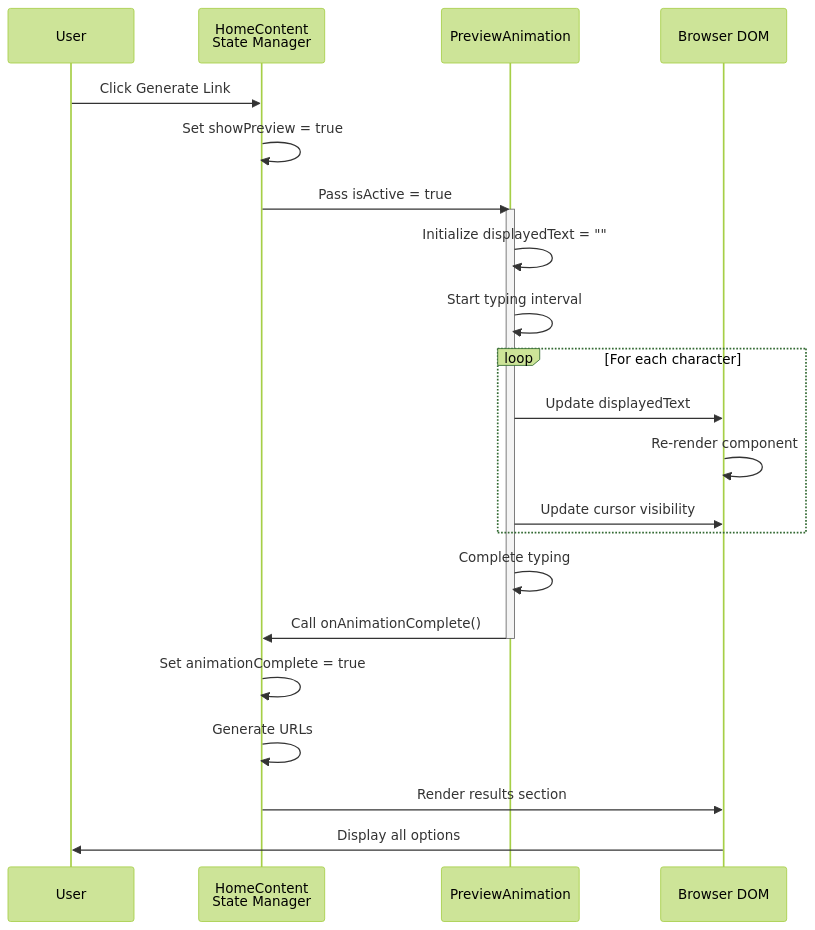
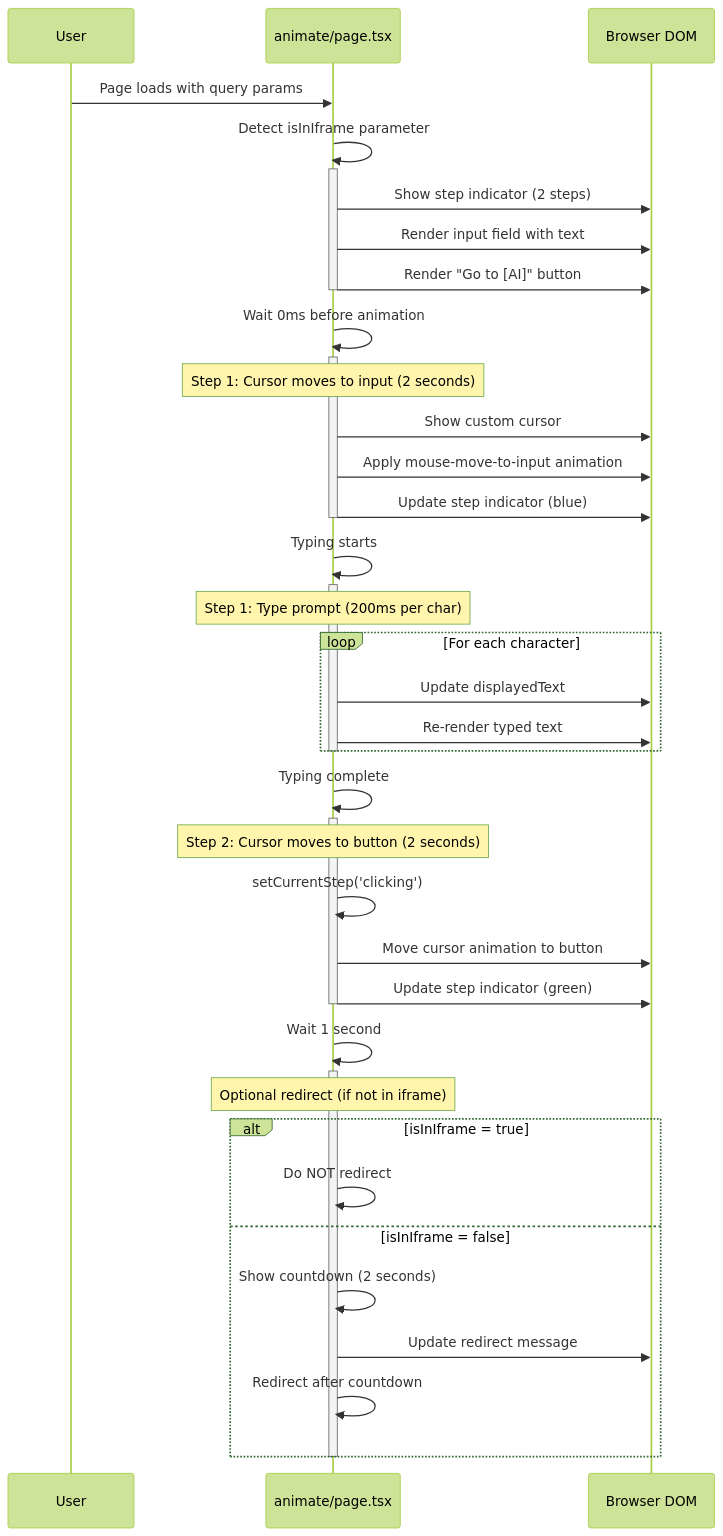
Before and after one commit to elicortez/letmeaskaiforyou: the sixth of 13 diagrams in ARCHITECTURE.md, drawn with Mermaid (forest theme). The commit also changed other lines of this file and 2 other files, not shown here.

Commit message:
docs: update all documentation to reflect current repository state

````diff
--- a/ARCHITECTURE.md
+++ b/ARCHITECTURE.md
@@ -179,30 +179,56 @@
 ```mermaid
 sequenceDiagram
     participant User
-    participant HomeContent as HomeContent<br/>State Manager
-    participant Animation as PreviewAnimation
+    participant Page as animate/page.tsx
     participant DOM as Browser DOM
     
-    User->>HomeContent: Click Generate Link
-    HomeContent->>HomeContent: Set showPreview = true
-    HomeContent->>Animation: Pass isActive = true
+    User->>Page: Page loads with query params
+    Page->>Page: Detect isInIframe parameter
     
-    activate Animation
-    Animation->>Animation: Initialize displayedText = ""
-    Animation->>Animation: Start typing interval
+    activate Page
+    Page->>DOM: Show step indicator (2 steps)
+    Page->>DOM: Render input field with text
+    Page->>DOM: Render "Go to [AI]" button
+    deactivate Page
     
+    Page->>Page: Wait 0ms before animation
+    
+    activate Page
+    Note over Page: Step 1: Cursor moves to input (2 seconds)
+    Page->>DOM: Show custom cursor
+    Page->>DOM: Apply mouse-move-to-input animation
+    Page->>DOM: Update step indicator (blue)
+    deactivate Page
+    
+    Page->>Page: Typing starts
+    
+    activate Page
+    Note over Page: Step 1: Type prompt (200ms per char)
     loop For each character
-        Animation->>DOM: Update displayedText
-        DOM->>DOM: Re-render component
-        Animation->>DOM: Update cursor visibility
+        Page->>DOM: Update displayedText
+        Page->>DOM: Re-render typed text
     end
+    deactivate Page
     
-    Animation->>Animation: Complete typing
-    Animation->>HomeContent: Call onAnimationComplete()
-    deactivate Animation
+    Page->>Page: Typing complete
     
-    HomeContent->>HomeContent: Set animationComplete = true
-    HomeContent->>HomeContent: Generate URLs
-    HomeContent->>DOM: Render results section
-    DOM->>User: Display all options
+    activate Page
+    Note over Page: Step 2: Cursor moves to button (2 seconds)
+    Page->>Page: setCurrentStep('clicking')
+    Page->>DOM: Move cursor animation to button
+    Page->>DOM: Update step indicator (green)
+    deactivate Page
+    
+    Page->>Page: Wait 1 second
+    
+    activate Page
+    Note over Page: Optional redirect (if not in iframe)
+    alt isInIframe = true
+        Page->>Page: Do NOT redirect
+    else isInIframe = false
+        Page->>Page: Show countdown (2 seconds)
+        Page->>DOM: Update redirect message
+        Page->>Page: Redirect after countdown
+    end
+    deactivate Page
 ```
````
